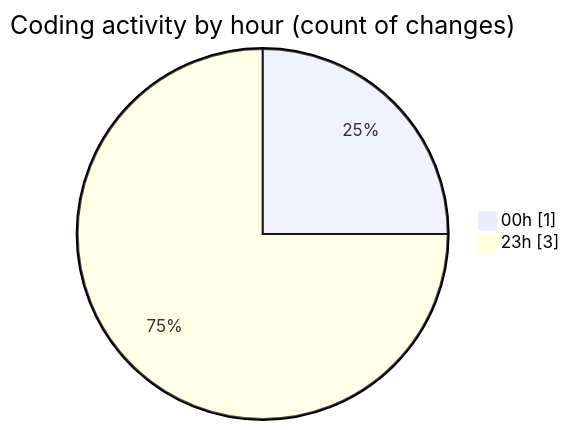
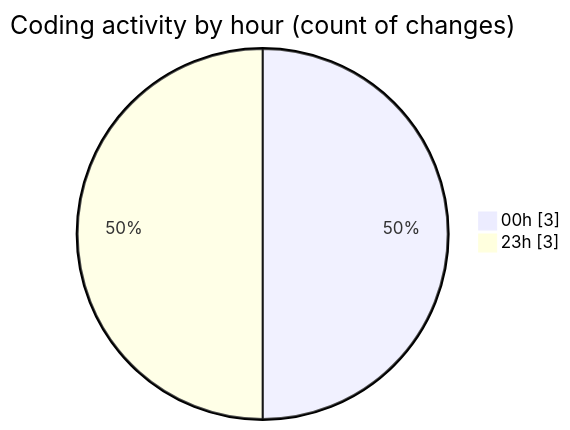
The second of 2 diagrams in 2025-02-17/uber_clone/README.md (donsfak/code-tracking), drawn with Mermaid before and after one commit. The commit also changed other lines of this file and 1 other file, not shown here.

````diff
--- a/2025-02-17/uber_clone/README.md
+++ b/2025-02-17/uber_clone/README.md
@@ -28,6 +29,6 @@
 ```mermaid
 pie showData
 title Coding activity by hour (count of changes)
-"00h" : 1
+"00h" : 3
 "23h" : 3
 ```
````
